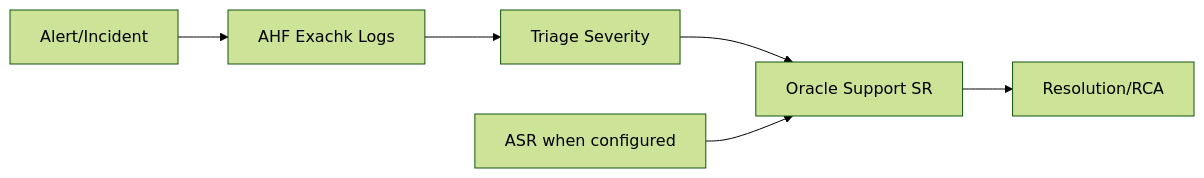
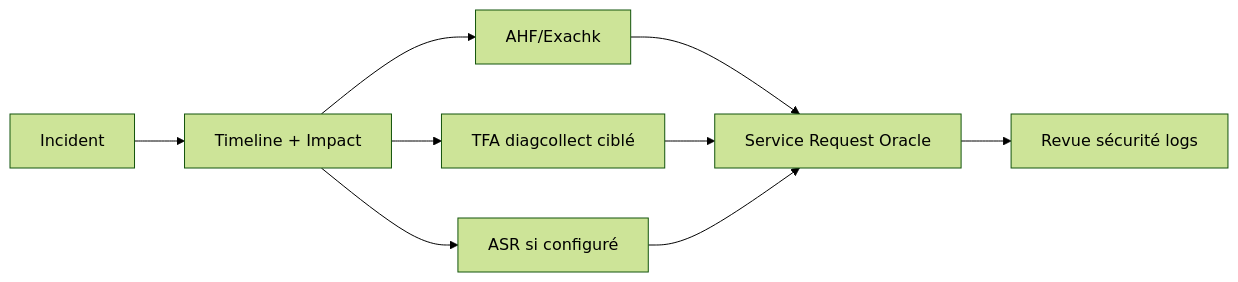
One commit to zdmooc/oracle-exadata-infra-ha-dr-course-labs-v4 changed the diagram in diagrams/support-ecosystem.mmd. Above: the diagram before and after it, drawn with Mermaid (forest theme). The commit also changed 153 other files, not shown here.

Commit message:
feat: V3 cours complet Exadata français aligné Oracle University - 28 modules 19 labs 27 templates 13 diagrams 9 scripts

```diff
--- a/diagrams/support-ecosystem.mmd
+++ b/diagrams/support-ecosystem.mmd
@@ -1,6 +1,9 @@
 flowchart LR
-  Alert[Alert/Incident] --> Collect[AHF Exachk Logs]
-  Collect --> Triage[Triage Severity]
-  Triage --> SR[Oracle Support SR]
-  ASR[ASR when configured] --> SR
-  SR --> RCA[Resolution/RCA]
+  incident[Incident] --> timeline[Timeline + Impact]
+  timeline --> ahf[AHF/Exachk]
+  timeline --> tfa[TFA diagcollect ciblé]
+  timeline --> asr[ASR si configuré]
+  ahf --> sr[Service Request Oracle]
+  tfa --> sr
+  asr --> sr
+  sr --> sanitize[Revue sécurité logs]
```
